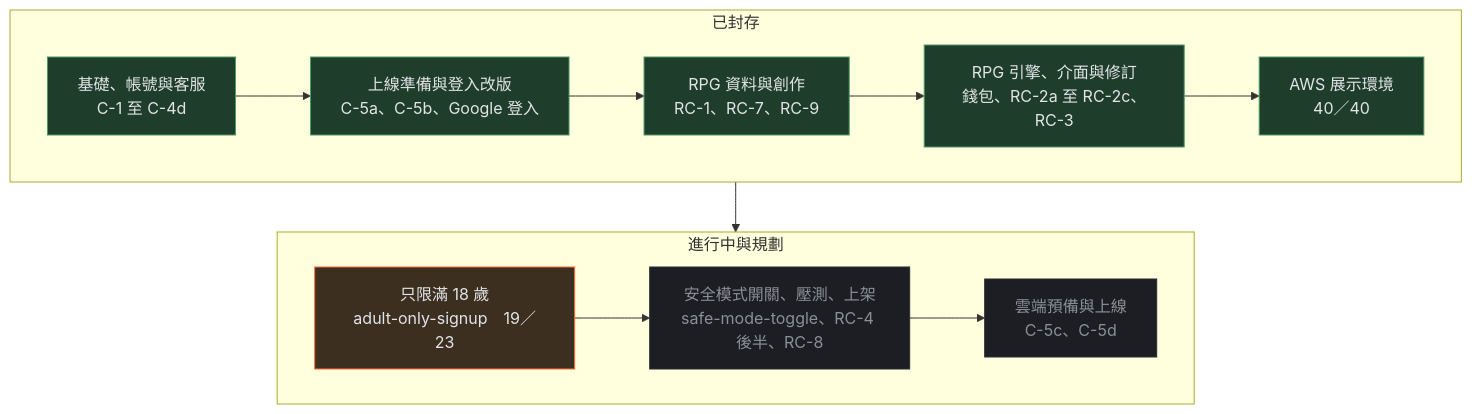
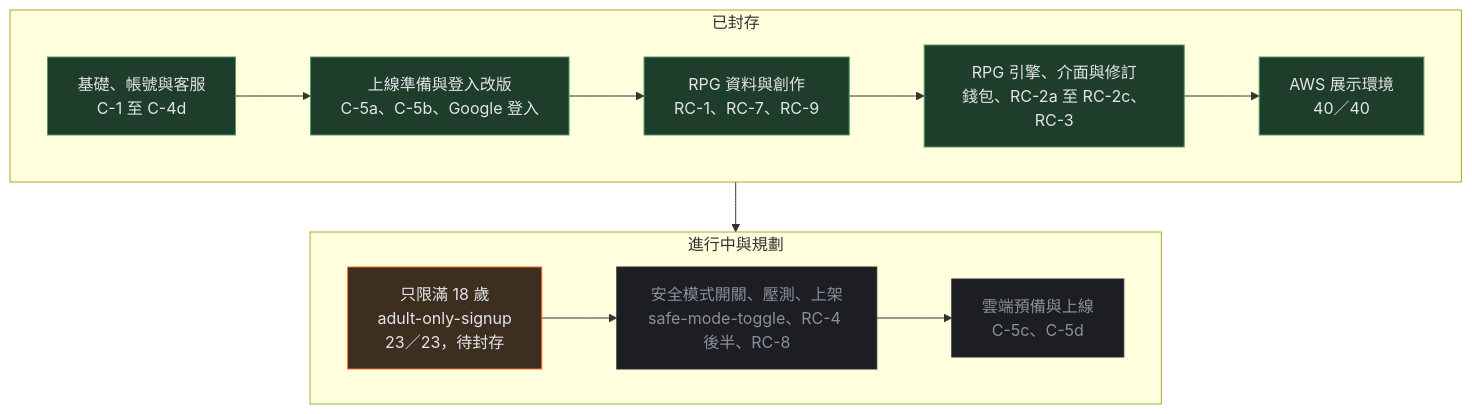
Diagram 18 of 18 in docs/2.0簡報.md (pp466pp466/R.A.C), drawn with Mermaid before and after one commit. The commit also changed other lines of this file and 3 other files, not shown here.

First line of the commit message:
docs：2.0 簡報與部署圖依 adult-only-signup 的部署與驗收更新（RDS 0019、23／23 待封存、已知限制新增展示環境驗收發現、提交數 191），重產 PDF 與部署與營運架構圖

````diff
--- a/docs/2.0簡報.md
+++ b/docs/2.0簡報.md
@@ -907,15 +907,15 @@
 ```mermaid
 flowchart TB
     subgraph R1["已封存"]
         direction LR
         A["基礎、帳號與客服<br/>C-1 至 C-4d"]:::done --> B["上線準備與登入改版<br/>C-5a、C-5b、Google 登入"]:::done --> C["RPG 資料與創作<br/>RC-1、RC-7、RC-9"]:::done --> D["RPG 引擎、介面與修訂<br/>錢包、RC-2a 至 RC-2c、RC-3"]:::done --> E["AWS 展示環境<br/>40／40"]:::done
     end
     subgraph R2["進行中與規劃"]
         direction LR
-        F["只限滿 18 歲<br/>adult-only-signup　19／23"]:::active --> G["安全模式開關、壓測、上架<br/>safe-mode-toggle、RC-4 後半、RC-8"]:::plan --> H["雲端預備與上線<br/>C-5c、C-5d"]:::plan
+        F["只限滿 18 歲<br/>adult-only-signup<br/>23／23，待封存"]:::active --> G["安全模式開關、壓測、上架<br/>safe-mode-toggle、RC-4 後半、RC-8"]:::plan --> H["雲端預備與上線<br/>C-5c、C-5d"]:::plan
     end
     R1 --> R2
     classDef done fill:#1f3d2b,stroke:#4c9a6a,color:#e2e4e9
     classDef active fill:#3d2f1f,stroke:#ff6b35,color:#e2e4e9
     classDef plan fill:#1c1e23,stroke:#2a2d34,color:#8a8f99
 ```
````
